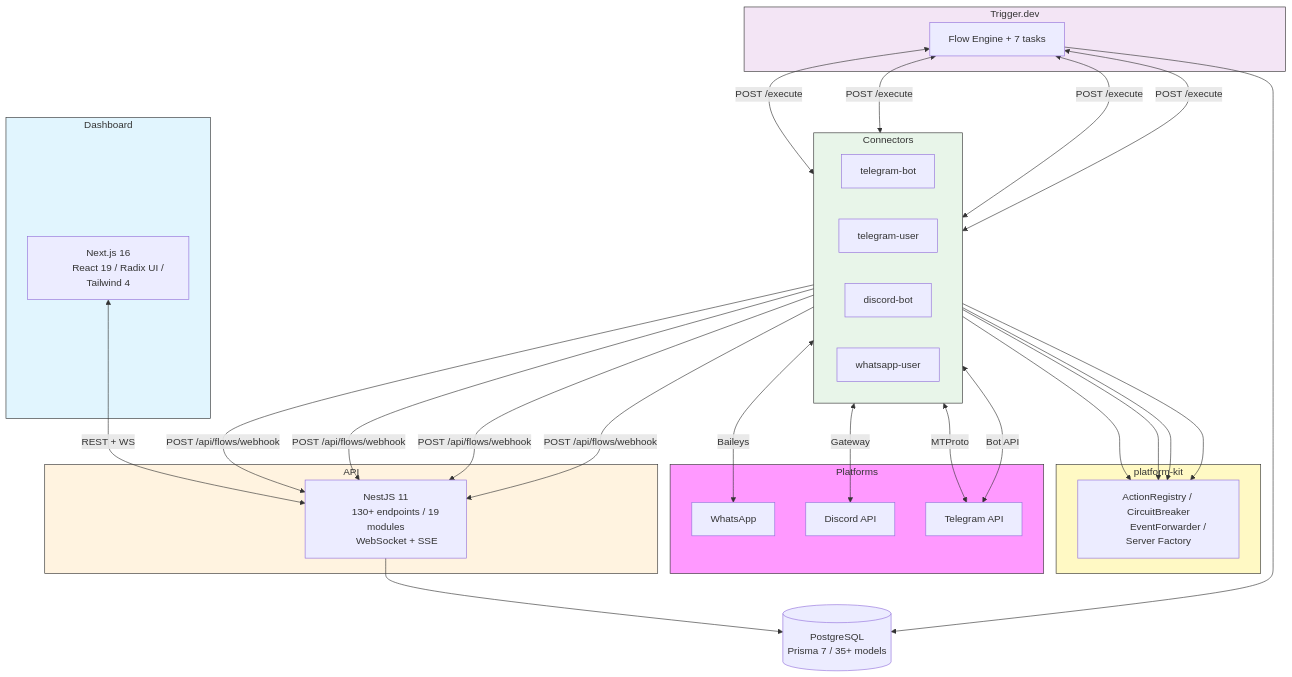
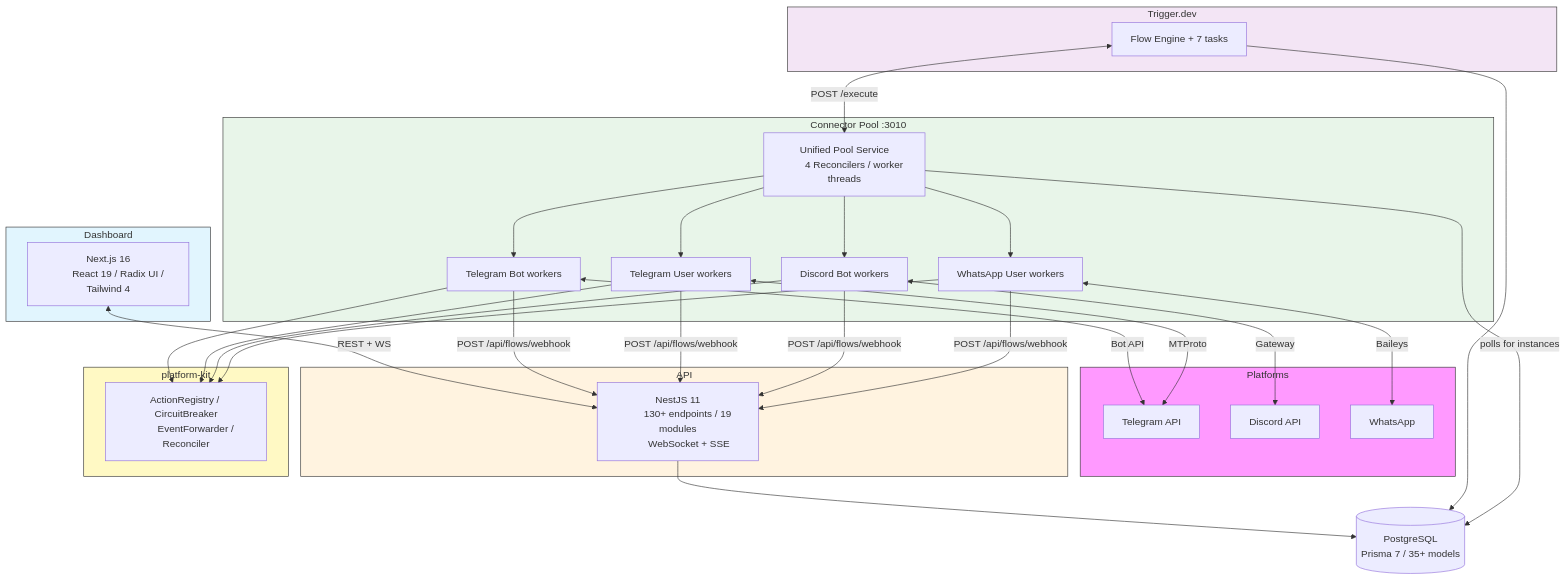
Before and after one commit to kolezka/flowbot: the first of 9 diagrams in README.md, drawn with Mermaid. The commit also changed other lines of this file and 1 other file, not shown here.

First line of the commit message:
docs: update README and system-design for unified connector pool

````diff
--- a/README.md
+++ b/README.md
@@ -31,59 +31,62 @@
 ```mermaid
 graph TB
     subgraph Platforms["Platforms"]
         TG["Telegram API"]
         DC["Discord API"]
         WA["WhatsApp"]
     end
 
     subgraph Dashboard["Dashboard"]
         FE["Next.js 16
         React 19 / Radix UI / Tailwind 4"]
     end
 
     subgraph API["API"]
         NEST["NestJS 11
         130+ endpoints / 19 modules
         WebSocket + SSE"]
     end
 
-    subgraph Connectors["Connectors"]
-        direction LR
-        TGB["telegram-bot"]
-        TGU["telegram-user"]
-        DCB["discord-bot"]
-        WAU["whatsapp-user"]
+    subgraph Pool["Connector Pool :3010"]
+        CP["Unified Pool Service
+        4 Reconcilers / worker threads"]
+        TBW["Telegram Bot workers"]
+        TUW["Telegram User workers"]
+        DCW["Discord Bot workers"]
+        WAW["WhatsApp User workers"]
+        CP --> TBW & TUW & DCW & WAW
     end
 
     subgraph Shared["platform-kit"]
         PK["ActionRegistry / CircuitBreaker
-        EventForwarder / Server Factory"]
+        EventForwarder / Reconciler"]
     end
 
     subgraph Jobs["Trigger.dev"]
         TR["Flow Engine + 7 tasks"]
     end
 
     DB[("PostgreSQL
     Prisma 7 / 35+ models")]
 
     FE <-->|"REST + WS"| NEST
     NEST --> DB
     TR --> DB
+    CP -->|"polls for instances"| DB
 
-    TGB & TGU & DCB & WAU --> PK
-    TGB <-->|"Bot API"| TG
-    TGU <-->|"MTProto"| TG
-    DCB <-->|"Gateway"| DC
-    WAU <-->|"Baileys"| WA
+    TBW & TUW & DCW & WAW --> PK
+    TBW <-->|"Bot API"| TG
+    TUW <-->|"MTProto"| TG
+    DCW <-->|"Gateway"| DC
+    WAW <-->|"Baileys"| WA
 
-    TR <-->|"POST /execute"| TGB & TGU & DCB & WAU
-    TGB & TGU & DCB & WAU -->|"POST /api/flows/webhook"| NEST
+    TR <-->|"POST /execute"| CP
+    TBW & TUW & DCW & WAW -->|"POST /api/flows/webhook"| NEST
 
     style Platforms fill:#f9f,stroke:#333
     style Dashboard fill:#e1f5fe,stroke:#333
     style API fill:#fff3e0,stroke:#333
-    style Connectors fill:#e8f5e9,stroke:#333
+    style Pool fill:#e8f5e9,stroke:#333
     style Shared fill:#fff9c4,stroke:#333
     style Jobs fill:#f3e5f5,stroke:#333
 ```
````
